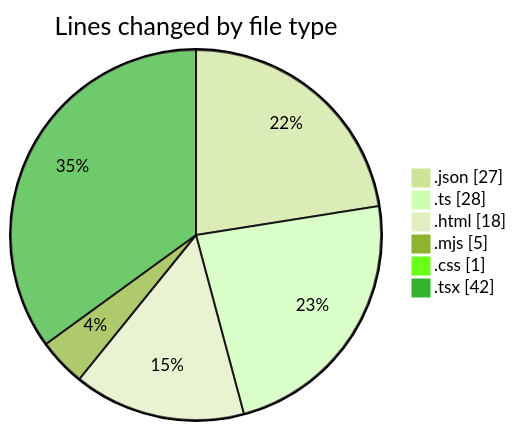
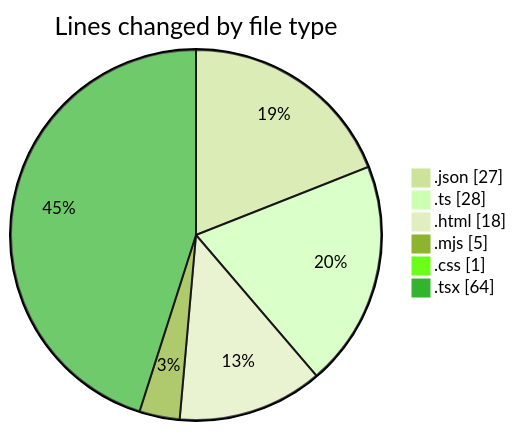
Before and after one commit to robertbonfada/code-tracking: the first of 2 diagrams in 2025-02-26/area-formacao-web/README.md, drawn with Mermaid (forest theme). The commit also changed other lines of this file and 1 other file, not shown here.

````diff
--- a/2025-02-26/area-formacao-web/README.md
+++ b/2025-02-26/area-formacao-web/README.md
@@ -26,10 +26,10 @@
 ```mermaid
 pie showData
 title Lines changed by file type
 ".json" : 27
 ".ts" : 28
 ".html" : 18
 ".mjs" : 5
 ".css" : 1
-".tsx" : 42
+".tsx" : 64
 ```
````
